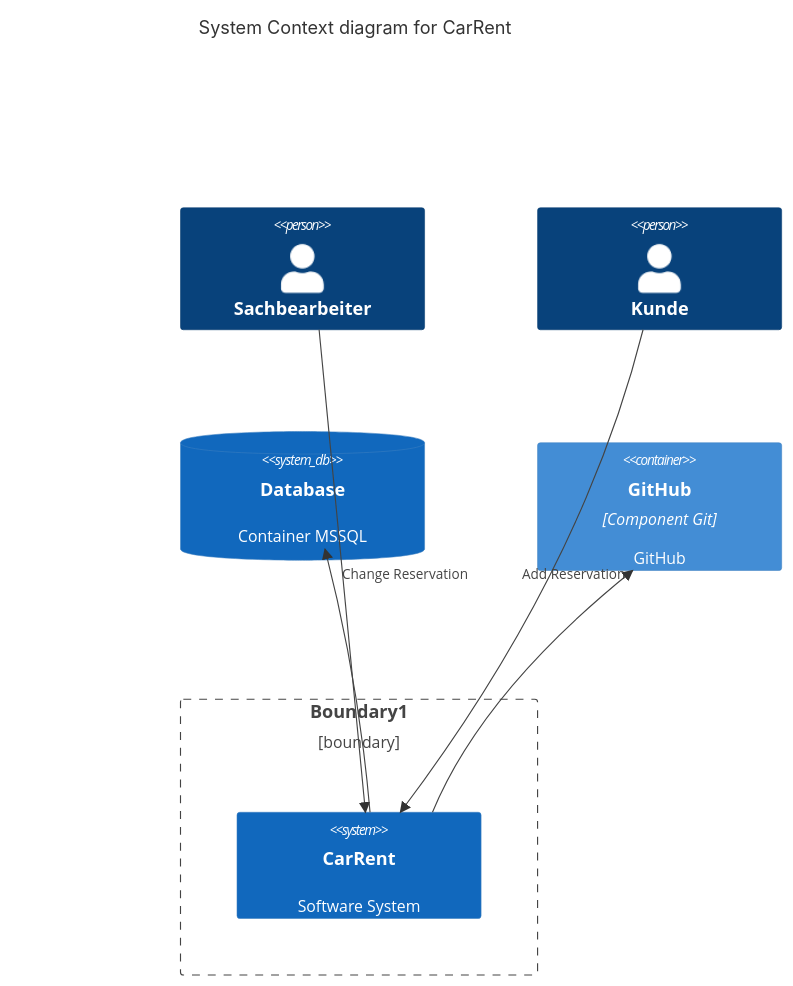
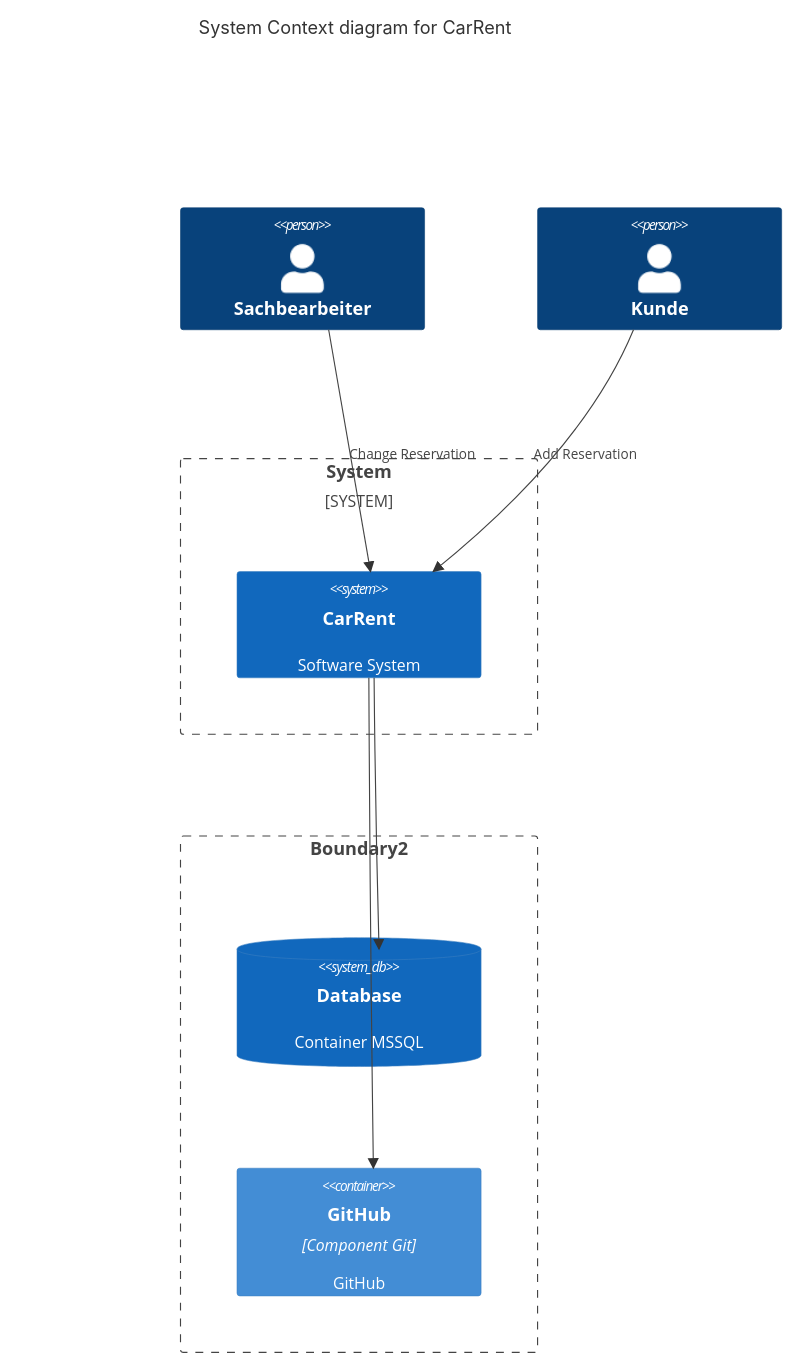
The first of 2 diagrams in README.md (tsolenthaler/zbw-sad-carrent2124), drawn with Mermaid before and after one commit.

Commit message:
fix boundary

````diff
--- a/README.md
+++ b/README.md
@@ -6,21 +6,23 @@
 ```mermaid
 C4Context
     title System Context diagram for CarRent
 
     Person(Sachbearbeiter, "Sachbearbeiter")
-    Person(Kunde, "Kunde")
+     Person(Kunde, "Kunde")
 
-    Boundary(b1, "Boundary1", "boundary") {
+    System_Boundary(b1, "System", "") {
         System(CarRent, "CarRent", "Software System")
     }
 
-    SystemDb(Database, "Database", "Container MSSQL")
-    Container(github, "GitHub", "Component Git", "GitHub")
+    Boundary(b2, "Boundary2", "") {
+        SystemDb(Database, "Database", "Container MSSQL")
+        Container(github, "GitHub", "Component Git", "GitHub")
+    }
 
     Rel(Sachbearbeiter, CarRent, "Change Reservation")
     Rel(Kunde, CarRent, "Add Reservation")
     Rel(CarRent, Database, "")
     Rel(CarRent, github, "")
 
     UpdateLayoutConfig($c4ShapeInRow="2", $c4BoundaryInRow="1")
 ```
````
